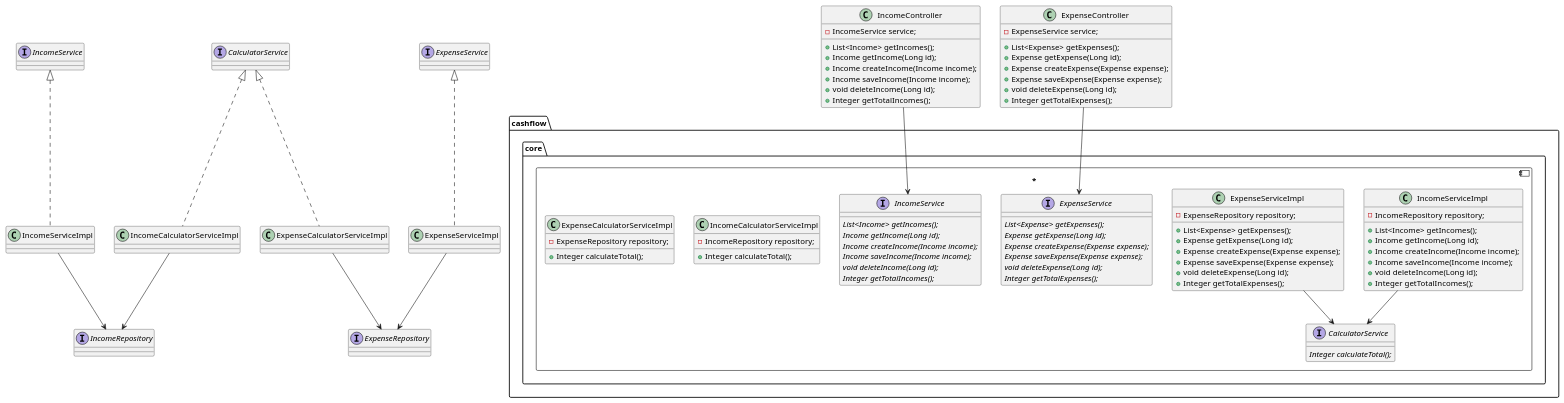
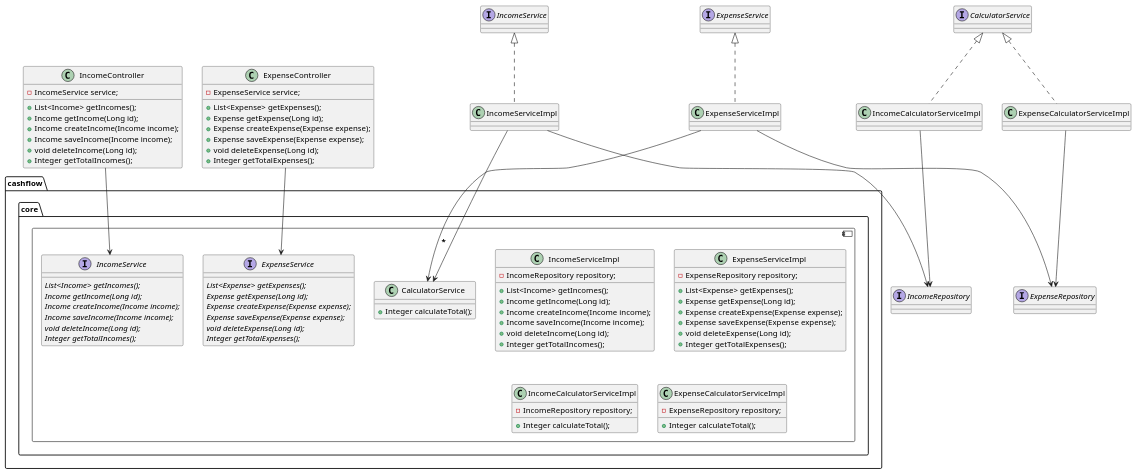
The diagram in src/main/resources/ocp_refactored_step2_arch.puml (alizeynalli90/solid-principles), drawn with PlantUML before and after one commit. The commit also changed 15 other files, not shown here.

```diff
--- a/src/main/resources/ocp_refactored_step2_arch.puml
+++ b/src/main/resources/ocp_refactored_step2_arch.puml
@@ -1,93 +1,94 @@
 @startuml
 interface IncomeRepository{
 }
 
 interface ExpenseRepository{
 }
 
 class IncomeController {
     - IncomeService service;
     + List<Income> getIncomes();
     + Income getIncome(Long id);
     + Income createIncome(Income income);
     + Income saveIncome(Income income);
     + void deleteIncome(Long id);
     + Integer getTotalIncomes();
 }
 
 class ExpenseController {
     - ExpenseService service;
     + List<Expense> getExpenses();
     + Expense getExpense(Long id);
     + Expense createExpense(Expense expense);
     + Expense saveExpense(Expense expense);
     + void deleteExpense(Long id);
     + Integer getTotalExpenses();
 }
 
 component cashflow.core.* {
-
-interface CalculatorService{
-    {abstract} Integer calculateTotal();
-}
-
 class IncomeServiceImpl {
     - IncomeRepository repository;
     + List<Income> getIncomes();
     + Income getIncome(Long id);
     + Income createIncome(Income income);
     + Income saveIncome(Income income);
     + void deleteIncome(Long id);
     + Integer getTotalIncomes();
 }
 
 class ExpenseServiceImpl {
     - ExpenseRepository repository;
     + List<Expense> getExpenses();
     + Expense getExpense(Long id);
     + Expense createExpense(Expense expense);
     + Expense saveExpense(Expense expense);
     + void deleteExpense(Long id);
     + Integer getTotalExpenses();
 }
 
 interface IncomeService{
     {abstract} List<Income> getIncomes();
     {abstract} Income getIncome(Long id);
     {abstract} Income createIncome(Income income);
     {abstract} Income saveIncome(Income income);
     {abstract} void deleteIncome(Long id);
     {abstract} Integer getTotalIncomes();
 }
 
 interface ExpenseService{
     {abstract} List<Expense> getExpenses();
     {abstract} Expense getExpense(Long id);
     {abstract} Expense createExpense(Expense expense);
     {abstract} Expense saveExpense(Expense expense);
     {abstract} void deleteExpense(Long id);
     {abstract} Integer getTotalExpenses();
 }
+
+class CalculatorService {
+    + Integer calculateTotal();
+}
+
 class IncomeCalculatorServiceImpl {
     - IncomeRepository repository;
     + Integer calculateTotal();
 }
+
 class ExpenseCalculatorServiceImpl {
     - ExpenseRepository repository;
     + Integer calculateTotal();
 }
 }
 
 IncomeController --> IncomeService
 ExpenseController --> ExpenseService
+class IncomeServiceImpl implements IncomeService
+class ExpenseServiceImpl implements ExpenseService
+IncomeServiceImpl --> IncomeRepository
+ExpenseServiceImpl --> ExpenseRepository
 IncomeServiceImpl --> CalculatorService
 ExpenseServiceImpl --> CalculatorService
-class IncomeServiceImpl implements IncomeService
-class ExpenseServiceImpl implements ExpenseService
 class IncomeCalculatorServiceImpl implements CalculatorService
 class ExpenseCalculatorServiceImpl implements CalculatorService
 IncomeCalculatorServiceImpl --> IncomeRepository
 ExpenseCalculatorServiceImpl --> ExpenseRepository
-IncomeServiceImpl --> IncomeRepository
-ExpenseServiceImpl --> ExpenseRepository
 @enduml
```
